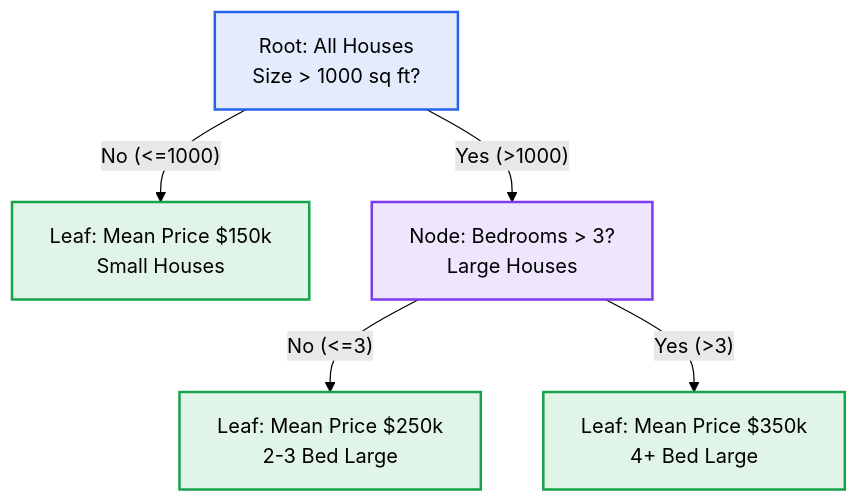
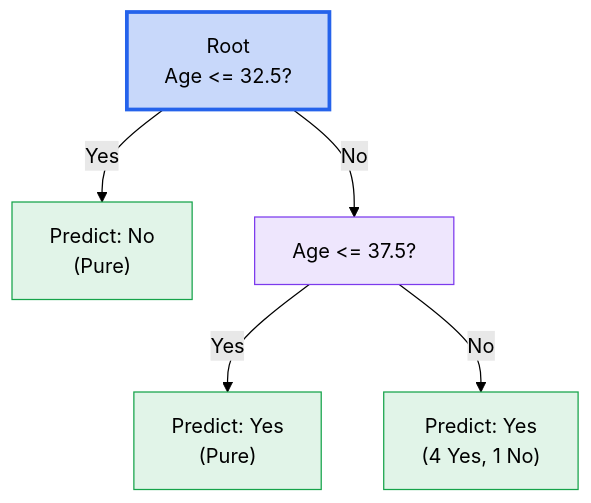
The seventh of 12 diagrams in 301.1-ml/summaries/decision_trees_random_forests.md (MadeInShineA/hei-course-summaries), drawn with Mermaid (forest theme) before and after one commit. The commit also changed other lines of this file, not shown here.

````diff
--- a/301.1-ml/summaries/decision_trees_random_forests.md
+++ b/301.1-ml/summaries/decision_trees_random_forests.md
@@ -124,14 +295,13 @@
 ```mermaid
 graph TD
-    A["Root: All Houses<br/>Size > 1000 sq ft?"]
-    A -->|"No (<=1000)"| B["Leaf: Mean Price $150k<br/>Small Houses"]
-    A -->|"Yes (>1000)"| C["Node: Bedrooms > 3?<br/>Large Houses"]
-    C -->|"No (<=3)"| D["Leaf: Mean Price $250k<br/>2-3 Bed Large"]
-    C -->|"Yes (>3)"| E["Leaf: Mean Price $350k<br/>4+ Bed Large"]
-
-    style A fill:#2563eb20,stroke:#2563eb,stroke-width:2px
-    style C fill:#7c3aed20,stroke:#7c3aed,stroke-width:2px
-    style B fill:#16a34a20,stroke:#16a34a,stroke-width:2px
-    style D fill:#16a34a20,stroke:#16a34a,stroke-width:2px
-    style E fill:#16a34a20,stroke:#16a34a,stroke-width:2px
+    ROOT["Root<br/>Age <= 32.5?"] -->|"Yes"| LEAF1["Predict: No<br/>(Pure)"]
+    ROOT -->|"No"| INTERNAL["Age <= 37.5?"]
+    INTERNAL -->|"Yes"| LEAF2["Predict: Yes<br/>(Pure)"]
+    INTERNAL -->|"No"| LEAF3["Predict: Yes<br/>(4 Yes, 1 No)"]
+    
+    style ROOT fill:#2563eb40,stroke:#2563eb,stroke-width:3px
+    style INTERNAL fill:#7c3aed20,stroke:#7c3aed
+    style LEAF1 fill:#16a34a20,stroke:#16a34a
+    style LEAF2 fill:#16a34a20,stroke:#16a34a
+    style LEAF3 fill:#16a34a20,stroke:#16a34a
 ```
````
